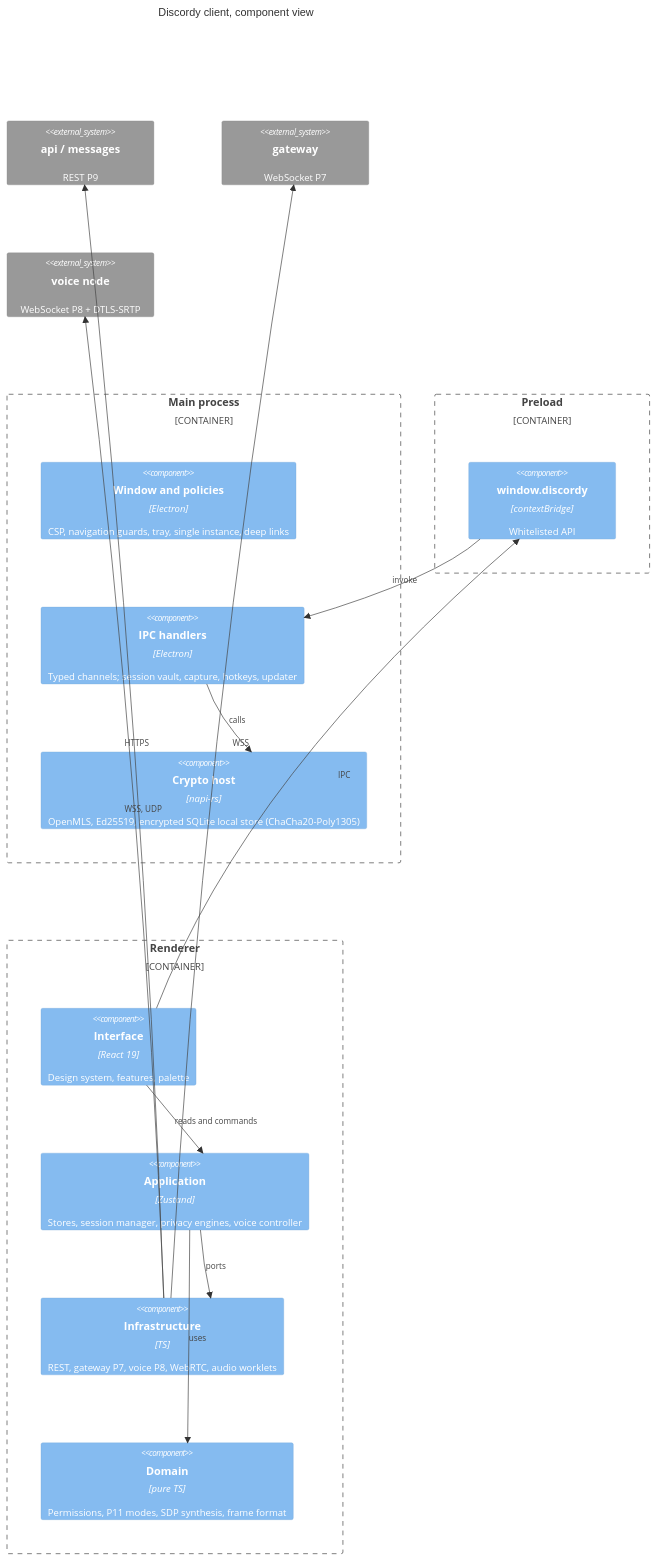
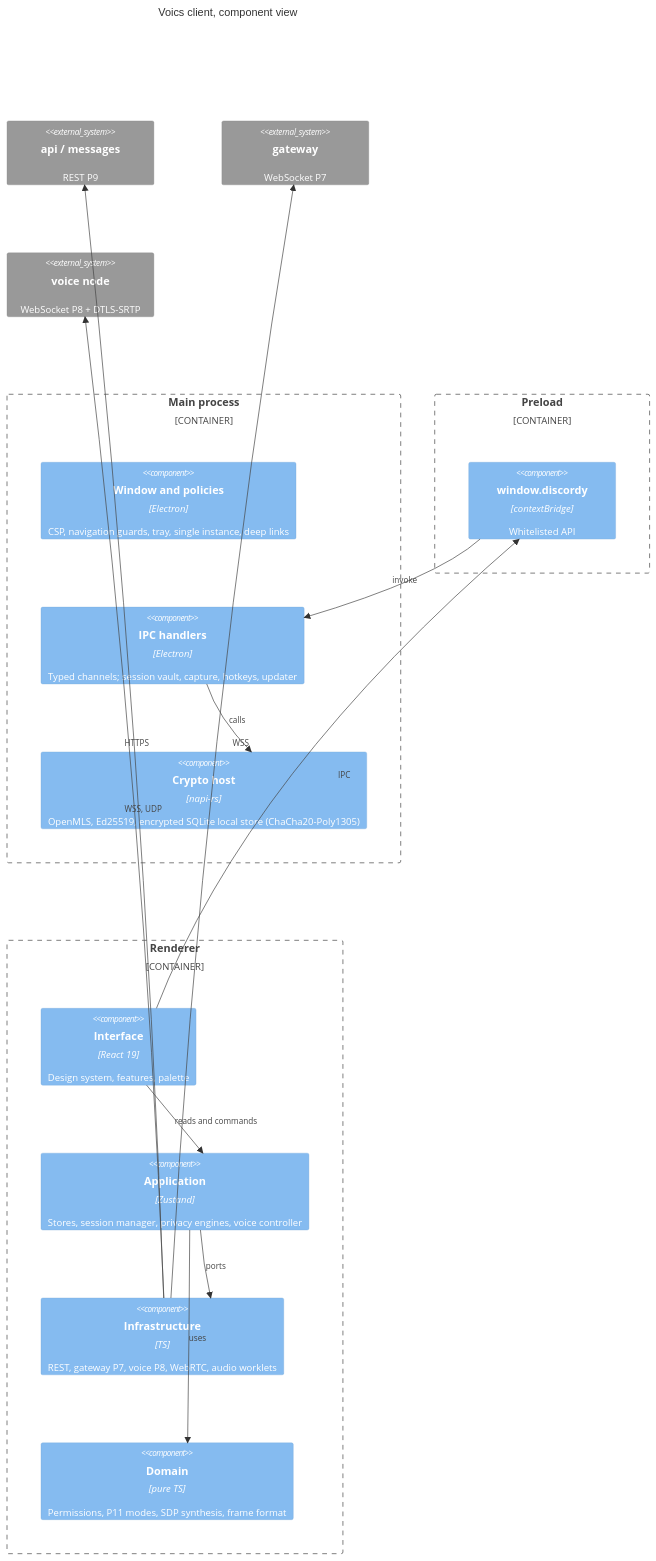
Before and after one commit to voics-app/client: the diagram in ARCHITECTURE.md, drawn with Mermaid. The commit also changed 9 other files, not shown here.

````diff
--- a/ARCHITECTURE.md
+++ b/ARCHITECTURE.md
@@ -5,30 +5,30 @@
 ```mermaid
 C4Component
-  title Discordy client, component view
+  title Voics client, component view
   Container_Boundary(main, "Main process") {
     Component(shell, "Window and policies", "Electron", "CSP, navigation guards, tray, single instance, deep links")
     Component(ipc, "IPC handlers", "Electron", "Typed channels; session vault, capture, hotkeys, updater")
     Component(crypto, "Crypto host", "napi-rs", "OpenMLS, Ed25519, encrypted SQLite local store (ChaCha20-Poly1305)")
   }
   Container_Boundary(preload, "Preload") {
     Component(bridge, "window.discordy", "contextBridge", "Whitelisted API")
   }
   Container_Boundary(renderer, "Renderer") {
     Component(ui, "Interface", "React 19", "Design system, features, palette")
     Component(app, "Application", "Zustand", "Stores, session manager, privacy engines, voice controller")
     Component(infra, "Infrastructure", "TS", "REST, gateway P7, voice P8, WebRTC, audio worklets")
     Component(domain, "Domain", "pure TS", "Permissions, P11 modes, SDP synthesis, frame format")
   }
   System_Ext(api, "api / messages", "REST P9")
   System_Ext(gw, "gateway", "WebSocket P7")
   System_Ext(voice, "voice node", "WebSocket P8 + DTLS-SRTP")
   Rel(ui, app, "reads and commands")
   Rel(app, infra, "ports")
   Rel(app, domain, "uses")
   Rel(infra, api, "HTTPS")
   Rel(infra, gw, "WSS")
   Rel(infra, voice, "WSS, UDP")
   Rel(ui, bridge, "IPC")
   Rel(bridge, ipc, "invoke")
   Rel(ipc, crypto, "calls")
 ```
````
